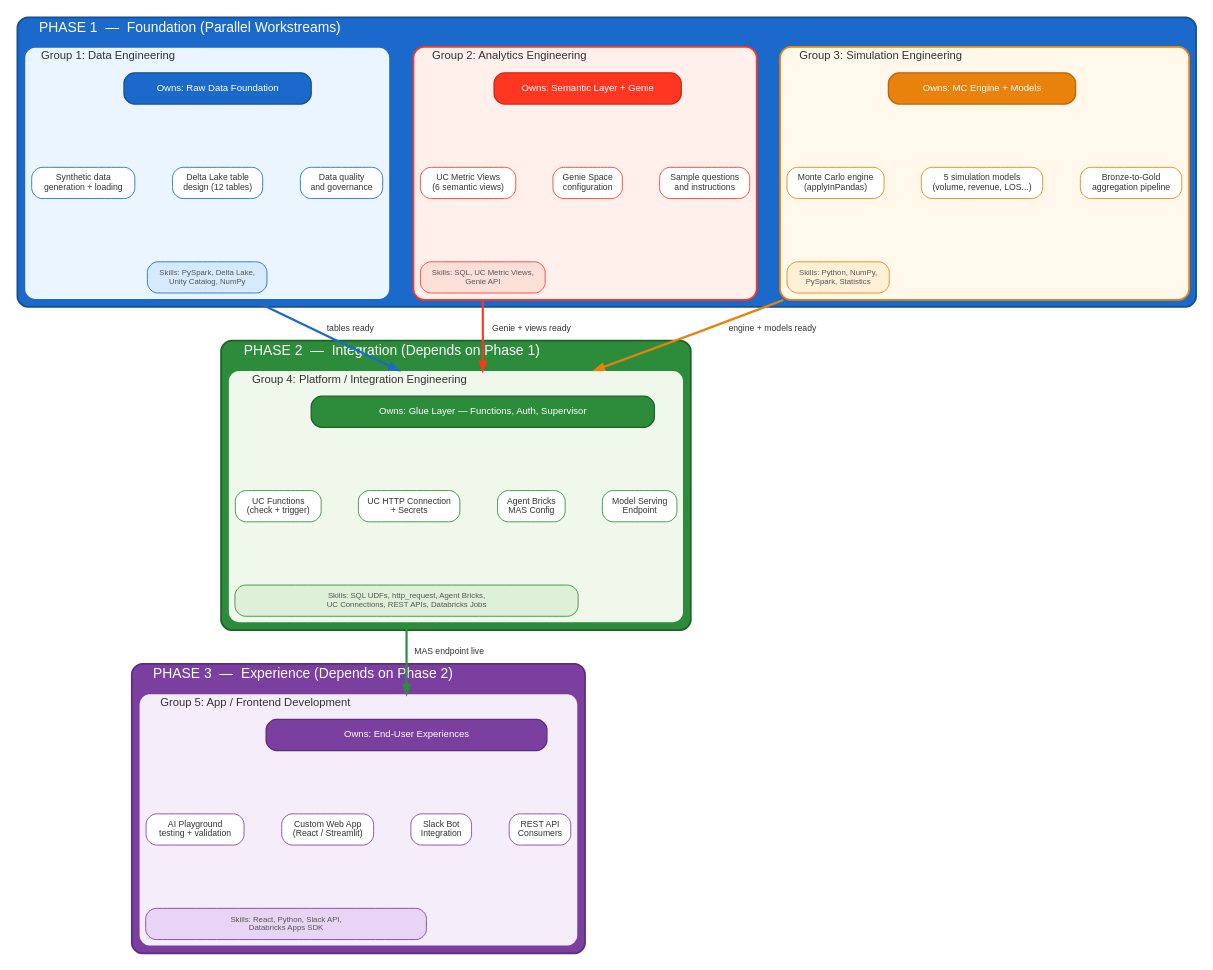
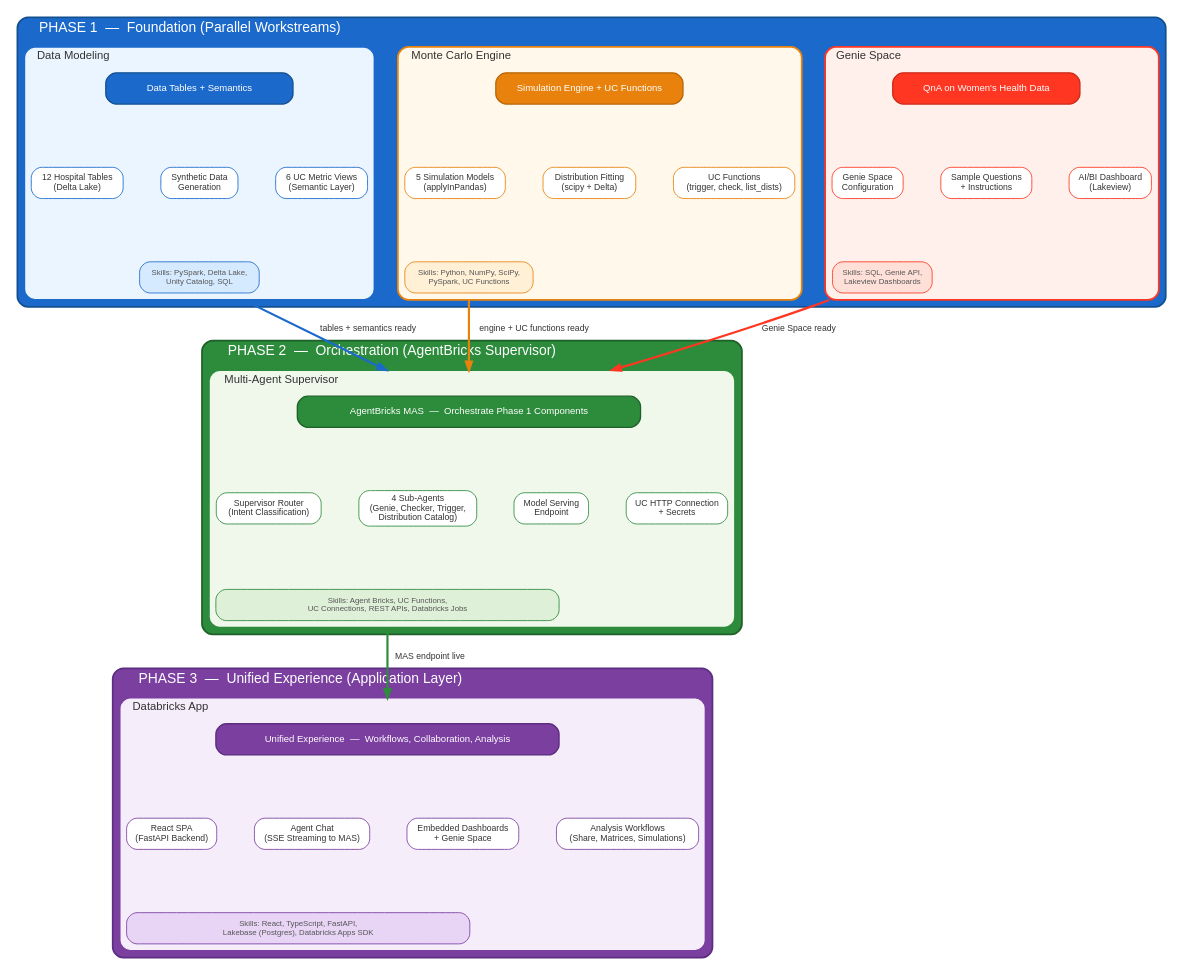
Before and after one commit to marcjimz/monte-carlo-supervisor: the diagram in docs/diagrams/team_workstreams.dot, drawn with Graphviz. The commit also changed 5 other files, not shown here.

First line of the commit message:
docs: update architecture and workstream diagrams for 3-phase structure

```diff
--- a/docs/diagrams/team_workstreams.dot
+++ b/docs/diagrams/team_workstreams.dot
@@ -10,7 +10,7 @@
     edge [color="#555555", penwidth=1.5, fontname="Helvetica", fontsize=10, fontcolor="#333333"];
 
     // ===================================================================
-    // PHASE LABELS
+    // PHASE 1 — Foundation (Parallel Workstreams)
     // ===================================================================
     subgraph cluster_phase1 {
         label="PHASE 1  —  Foundation (Parallel Workstreams)";
@@ -24,10 +24,10 @@
         penwidth=2;
 
         // ---------------------------------------------------------------
-        // GROUP 1: DATA ENGINEERING
+        // WORKSTREAM 1: DATA MODELING
         // ---------------------------------------------------------------
-        subgraph cluster_g1 {
-            label="Group 1: Data Engineering";
+        subgraph cluster_w1 {
+            label="Data Modeling";
             labeljust=l;
             fontname="Helvetica";
             fontsize=13;
@@ -37,25 +37,53 @@
             color="#1B6ACB";
             penwidth=2;
 
-            g1_header [label="Owns: Raw Data Foundation", shape=box, style="filled,rounded", fillcolor="#1B6ACB", fontcolor="white", fontname="Helvetica", fontsize=11, color="#14508F", penwidth=1.5, width=3];
+            w1_header [label="Data Tables + Semantics", shape=box, style="filled,rounded", fillcolor="#1B6ACB", fontcolor="white", fontname="Helvetica", fontsize=11, color="#14508F", penwidth=1.5, width=3];
 
-            g1_t1 [label="Synthetic data\ngeneration + loading", shape=box, style="filled,rounded", fillcolor="#FFFFFF", fontname="Helvetica", fontsize=10, fontcolor="#333333", color="#1B6ACB", penwidth=1];
-            g1_t2 [label="Delta Lake table\ndesign (12 tables)", shape=box, style="filled,rounded", fillcolor="#FFFFFF", fontname="Helvetica", fontsize=10, fontcolor="#333333", color="#1B6ACB", penwidth=1];
-            g1_t3 [label="Data quality\nand governance", shape=box, style="filled,rounded", fillcolor="#FFFFFF", fontname="Helvetica", fontsize=10, fontcolor="#333333", color="#1B6ACB", penwidth=1];
+            w1_t1 [label="12 Hospital Tables\n(Delta Lake)", shape=box, style="filled,rounded", fillcolor="#FFFFFF", fontname="Helvetica", fontsize=10, fontcolor="#333333", color="#1B6ACB", penwidth=1];
+            w1_t2 [label="Synthetic Data\nGeneration", shape=box, style="filled,rounded", fillcolor="#FFFFFF", fontname="Helvetica", fontsize=10, fontcolor="#333333", color="#1B6ACB", penwidth=1];
+            w1_t3 [label="6 UC Metric Views\n(Semantic Layer)", shape=box, style="filled,rounded", fillcolor="#FFFFFF", fontname="Helvetica", fontsize=10, fontcolor="#333333", color="#1B6ACB", penwidth=1];
 
-            g1_skills [label="Skills: PySpark, Delta Lake,\nUnity Catalog, NumPy", shape=box, style="filled,rounded", fillcolor="#D6EAFF", fontname="Helvetica", fontsize=9, fontcolor="#555555", color="#1B6ACB", penwidth=1];
+            w1_skills [label="Skills: PySpark, Delta Lake,\nUnity Catalog, SQL", shape=box, style="filled,rounded", fillcolor="#D6EAFF", fontname="Helvetica", fontsize=9, fontcolor="#555555", color="#1B6ACB", penwidth=1];
 
-            g1_header -> g1_t1 [style=invis];
-            g1_header -> g1_t2 [style=invis];
-            g1_header -> g1_t3 [style=invis];
-            g1_t1 -> g1_skills [style=invis];
+            w1_header -> w1_t1 [style=invis];
+            w1_header -> w1_t2 [style=invis];
+            w1_header -> w1_t3 [style=invis];
+            w1_t1 -> w1_skills [style=invis];
         }
 
         // ---------------------------------------------------------------
-        // GROUP 2: ANALYTICS ENGINEERING
+        // WORKSTREAM 2: MONTE CARLO / SIMULATION ENGINE
         // ---------------------------------------------------------------
-        subgraph cluster_g2 {
-            label="Group 2: Analytics Engineering";
+        subgraph cluster_w2 {
+            label="Monte Carlo Engine";
+            labeljust=l;
+            fontname="Helvetica";
+            fontsize=13;
+            fontcolor="#333333";
+            style="filled,rounded";
+            fillcolor="#FFF8EB";
+            color="#E8820C";
+            penwidth=2;
+
+            w2_header [label="Simulation Engine + UC Functions", shape=box, style="filled,rounded", fillcolor="#E8820C", fontcolor="white", fontname="Helvetica", fontsize=11, color="#B86709", penwidth=1.5, width=3];
+
+            w2_t1 [label="5 Simulation Models\n(applyInPandas)", shape=box, style="filled,rounded", fillcolor="#FFFFFF", fontname="Helvetica", fontsize=10, fontcolor="#333333", color="#E8820C", penwidth=1];
+            w2_t2 [label="Distribution Fitting\n(scipy + Delta)", shape=box, style="filled,rounded", fillcolor="#FFFFFF", fontname="Helvetica", fontsize=10, fontcolor="#333333", color="#E8820C", penwidth=1];
+            w2_t3 [label="UC Functions\n(trigger, check, list_dists)", shape=box, style="filled,rounded", fillcolor="#FFFFFF", fontname="Helvetica", fontsize=10, fontcolor="#333333", color="#E8820C", penwidth=1];
+
+            w2_skills [label="Skills: Python, NumPy, SciPy,\nPySpark, UC Functions", shape=box, style="filled,rounded", fillcolor="#FFF0D6", fontname="Helvetica", fontsize=9, fontcolor="#555555", color="#E8820C", penwidth=1];
+
+            w2_header -> w2_t1 [style=invis];
+            w2_header -> w2_t2 [style=invis];
+            w2_header -> w2_t3 [style=invis];
+            w2_t1 -> w2_skills [style=invis];
+        }
+
+        // ---------------------------------------------------------------
+        // WORKSTREAM 3: GENIE SPACE
+        // ---------------------------------------------------------------
+        subgraph cluster_w3 {
+            label="Genie Space";
             labeljust=l;
             fontname="Helvetica";
             fontsize=13;
@@ -65,54 +93,26 @@
             color="#FF3621";
             penwidth=2;
 
-            g2_header [label="Owns: Semantic Layer + Genie", shape=box, style="filled,rounded", fillcolor="#FF3621", fontcolor="white", fontname="Helvetica", fontsize=11, color="#CC2A1A", penwidth=1.5, width=3];
+            w3_header [label="QnA on Women's Health Data", shape=box, style="filled,rounded", fillcolor="#FF3621", fontcolor="white", fontname="Helvetica", fontsize=11, color="#CC2A1A", penwidth=1.5, width=3];
 
-            g2_t1 [label="UC Metric Views\n(6 semantic views)", shape=box, style="filled,rounded", fillcolor="#FFFFFF", fontname="Helvetica", fontsize=10, fontcolor="#333333", color="#FF3621", penwidth=1];
-            g2_t2 [label="Genie Space\nconfiguration", shape=box, style="filled,rounded", fillcolor="#FFFFFF", fontname="Helvetica", fontsize=10, fontcolor="#333333", color="#FF3621", penwidth=1];
-            g2_t3 [label="Sample questions\nand instructions", shape=box, style="filled,rounded", fillcolor="#FFFFFF", fontname="Helvetica", fontsize=10, fontcolor="#333333", color="#FF3621", penwidth=1];
+            w3_t1 [label="Genie Space\nConfiguration", shape=box, style="filled,rounded", fillcolor="#FFFFFF", fontname="Helvetica", fontsize=10, fontcolor="#333333", color="#FF3621", penwidth=1];
+            w3_t2 [label="Sample Questions\n+ Instructions", shape=box, style="filled,rounded", fillcolor="#FFFFFF", fontname="Helvetica", fontsize=10, fontcolor="#333333", color="#FF3621", penwidth=1];
+            w3_t3 [label="AI/BI Dashboard\n(Lakeview)", shape=box, style="filled,rounded", fillcolor="#FFFFFF", fontname="Helvetica", fontsize=10, fontcolor="#333333", color="#FF3621", penwidth=1];
 
-            g2_skills [label="Skills: SQL, UC Metric Views,\nGenie API", shape=box, style="filled,rounded", fillcolor="#FFE0D9", fontname="Helvetica", fontsize=9, fontcolor="#555555", color="#FF3621", penwidth=1];
+            w3_skills [label="Skills: SQL, Genie API,\nLakeview Dashboards", shape=box, style="filled,rounded", fillcolor="#FFE0D9", fontname="Helvetica", fontsize=9, fontcolor="#555555", color="#FF3621", penwidth=1];
 
-            g2_header -> g2_t1 [style=invis];
-            g2_header -> g2_t2 [style=invis];
-            g2_header -> g2_t3 [style=invis];
-            g2_t1 -> g2_skills [style=invis];
-        }
-
-        // ---------------------------------------------------------------
-        // GROUP 3: SIMULATION ENGINEERING
-        // ---------------------------------------------------------------
-        subgraph cluster_g3 {
-            label="Group 3: Simulation Engineering";
-            labeljust=l;
-            fontname="Helvetica";
-            fontsize=13;
-            fontcolor="#333333";
-            style="filled,rounded";
-            fillcolor="#FFF8EB";
-            color="#E8820C";
-            penwidth=2;
-
-            g3_header [label="Owns: MC Engine + Models", shape=box, style="filled,rounded", fillcolor="#E8820C", fontcolor="white", fontname="Helvetica", fontsize=11, color="#B86709", penwidth=1.5, width=3];
-
-            g3_t1 [label="Monte Carlo engine\n(applyInPandas)", shape=box, style="filled,rounded", fillcolor="#FFFFFF", fontname="Helvetica", fontsize=10, fontcolor="#333333", color="#E8820C", penwidth=1];
-            g3_t2 [label="5 simulation models\n(volume, revenue, LOS...)", shape=box, style="filled,rounded", fillcolor="#FFFFFF", fontname="Helvetica", fontsize=10, fontcolor="#333333", color="#E8820C", penwidth=1];
-            g3_t3 [label="Bronze-to-Gold\naggregation pipeline", shape=box, style="filled,rounded", fillcolor="#FFFFFF", fontname="Helvetica", fontsize=10, fontcolor="#333333", color="#E8820C", penwidth=1];
-
-            g3_skills [label="Skills: Python, NumPy,\nPySpark, Statistics", shape=box, style="filled,rounded", fillcolor="#FFF0D6", fontname="Helvetica", fontsize=9, fontcolor="#555555", color="#E8820C", penwidth=1];
-
-            g3_header -> g3_t1 [style=invis];
-            g3_header -> g3_t2 [style=invis];
-            g3_header -> g3_t3 [style=invis];
-            g3_t1 -> g3_skills [style=invis];
+            w3_header -> w3_t1 [style=invis];
+            w3_header -> w3_t2 [style=invis];
+            w3_header -> w3_t3 [style=invis];
+            w3_t1 -> w3_skills [style=invis];
         }
     }
 
     // ===================================================================
-    // PHASE 2
+    // PHASE 2 — AgentBricks Supervisor
     // ===================================================================
     subgraph cluster_phase2 {
-        label="PHASE 2  —  Integration (Depends on Phase 1)";
+        label="PHASE 2  —  Orchestration (AgentBricks Supervisor)";
         labeljust=l;
         fontname="Helvetica";
         fontsize=16;
@@ -122,11 +122,8 @@
         color="#1E6128";
         penwidth=2;
 
-        // ---------------------------------------------------------------
-        // GROUP 4: PLATFORM / INTEGRATION
-        // ---------------------------------------------------------------
-        subgraph cluster_g4 {
-            label="Group 4: Platform / Integration Engineering";
+        subgraph cluster_w4 {
+            label="Multi-Agent Supervisor";
             labeljust=l;
             fontname="Helvetica";
             fontsize=13;
@@ -136,28 +133,28 @@
             color="#2D8C3C";
             penwidth=2;
 
-            g4_header [label="Owns: Glue Layer — Functions, Auth, Supervisor", shape=box, style="filled,rounded", fillcolor="#2D8C3C", fontcolor="white", fontname="Helvetica", fontsize=11, color="#1E6128", penwidth=1.5, width=5.5];
+            w4_header [label="AgentBricks MAS  —  Orchestrate Phase 1 Components", shape=box, style="filled,rounded", fillcolor="#2D8C3C", fontcolor="white", fontname="Helvetica", fontsize=11, color="#1E6128", penwidth=1.5, width=5.5];
 
-            g4_t1 [label="UC Functions\n(check + trigger)", shape=box, style="filled,rounded", fillcolor="#FFFFFF", fontname="Helvetica", fontsize=10, fontcolor="#333333", color="#2D8C3C", penwidth=1];
-            g4_t2 [label="UC HTTP Connection\n+ Secrets", shape=box, style="filled,rounded", fillcolor="#FFFFFF", fontname="Helvetica", fontsize=10, fontcolor="#333333", color="#2D8C3C", penwidth=1];
-            g4_t3 [label="Agent Bricks\nMAS Config", shape=box, style="filled,rounded", fillcolor="#FFFFFF", fontname="Helvetica", fontsize=10, fontcolor="#333333", color="#2D8C3C", penwidth=1];
-            g4_t4 [label="Model Serving\nEndpoint", shape=box, style="filled,rounded", fillcolor="#FFFFFF", fontname="Helvetica", fontsize=10, fontcolor="#333333", color="#2D8C3C", penwidth=1];
+            w4_t1 [label="Supervisor Router\n(Intent Classification)", shape=box, style="filled,rounded", fillcolor="#FFFFFF", fontname="Helvetica", fontsize=10, fontcolor="#333333", color="#2D8C3C", penwidth=1];
+            w4_t2 [label="4 Sub-Agents\n(Genie, Checker, Trigger,\nDistribution Catalog)", shape=box, style="filled,rounded", fillcolor="#FFFFFF", fontname="Helvetica", fontsize=10, fontcolor="#333333", color="#2D8C3C", penwidth=1];
+            w4_t3 [label="Model Serving\nEndpoint", shape=box, style="filled,rounded", fillcolor="#FFFFFF", fontname="Helvetica", fontsize=10, fontcolor="#333333", color="#2D8C3C", penwidth=1];
+            w4_t4 [label="UC HTTP Connection\n+ Secrets", shape=box, style="filled,rounded", fillcolor="#FFFFFF", fontname="Helvetica", fontsize=10, fontcolor="#333333", color="#2D8C3C", penwidth=1];
 
-            g4_skills [label="Skills: SQL UDFs, http_request, Agent Bricks,\nUC Connections, REST APIs, Databricks Jobs", shape=box, style="filled,rounded", fillcolor="#DFF0D8", fontname="Helvetica", fontsize=9, fontcolor="#555555", color="#2D8C3C", penwidth=1, width=5.5];
+            w4_skills [label="Skills: Agent Bricks, UC Functions,\nUC Connections, REST APIs, Databricks Jobs", shape=box, style="filled,rounded", fillcolor="#DFF0D8", fontname="Helvetica", fontsize=9, fontcolor="#555555", color="#2D8C3C", penwidth=1, width=5.5];
 
-            g4_header -> g4_t1 [style=invis];
-            g4_header -> g4_t2 [style=invis];
-            g4_header -> g4_t3 [style=invis];
-            g4_header -> g4_t4 [style=invis];
-            g4_t1 -> g4_skills [style=invis];
+            w4_header -> w4_t1 [style=invis];
+            w4_header -> w4_t2 [style=invis];
+            w4_header -> w4_t3 [style=invis];
+            w4_header -> w4_t4 [style=invis];
+            w4_t1 -> w4_skills [style=invis];
         }
     }
 
     // ===================================================================
-    // PHASE 3
+    // PHASE 3 — Unified Experience
     // ===================================================================
     subgraph cluster_phase3 {
-        label="PHASE 3  —  Experience (Depends on Phase 2)";
+        label="PHASE 3  —  Unified Experience (Application Layer)";
         labeljust=l;
         fontname="Helvetica";
         fontsize=16;
@@ -167,11 +164,8 @@
         color="#5C2D80";
         penwidth=2;
 
-        // ---------------------------------------------------------------
-        // GROUP 5: APP / FRONTEND
-        // ---------------------------------------------------------------
-        subgraph cluster_g5 {
-            label="Group 5: App / Frontend Development";
+        subgraph cluster_w5 {
+            label="Databricks App";
             labeljust=l;
             fontname="Helvetica";
             fontsize=13;
@@ -181,29 +175,29 @@
             color="#7B3FA0";
             penwidth=2;
 
-            g5_header [label="Owns: End-User Experiences", shape=box, style="filled,rounded", fillcolor="#7B3FA0", fontcolor="white", fontname="Helvetica", fontsize=11, color="#5C2D80", penwidth=1.5, width=4.5];
+            w5_header [label="Unified Experience  —  Workflows, Collaboration, Analysis", shape=box, style="filled,rounded", fillcolor="#7B3FA0", fontcolor="white", fontname="Helvetica", fontsize=11, color="#5C2D80", penwidth=1.5, width=5.5];
 
-            g5_t1 [label="AI Playground\ntesting + validation", shape=box, style="filled,rounded", fillcolor="#FFFFFF", fontname="Helvetica", fontsize=10, fontcolor="#333333", color="#7B3FA0", penwidth=1];
-            g5_t2 [label="Custom Web App\n(React / Streamlit)", shape=box, style="filled,rounded", fillcolor="#FFFFFF", fontname="Helvetica", fontsize=10, fontcolor="#333333", color="#7B3FA0", penwidth=1];
-            g5_t3 [label="Slack Bot\nIntegration", shape=box, style="filled,rounded", fillcolor="#FFFFFF", fontname="Helvetica", fontsize=10, fontcolor="#333333", color="#7B3FA0", penwidth=1];
-            g5_t4 [label="REST API\nConsumers", shape=box, style="filled,rounded", fillcolor="#FFFFFF", fontname="Helvetica", fontsize=10, fontcolor="#333333", color="#7B3FA0", penwidth=1];
+            w5_t1 [label="React SPA\n(FastAPI Backend)", shape=box, style="filled,rounded", fillcolor="#FFFFFF", fontname="Helvetica", fontsize=10, fontcolor="#333333", color="#7B3FA0", penwidth=1];
+            w5_t2 [label="Agent Chat\n(SSE Streaming to MAS)", shape=box, style="filled,rounded", fillcolor="#FFFFFF", fontname="Helvetica", fontsize=10, fontcolor="#333333", color="#7B3FA0", penwidth=1];
+            w5_t3 [label="Embedded Dashboards\n+ Genie Space", shape=box, style="filled,rounded", fillcolor="#FFFFFF", fontname="Helvetica", fontsize=10, fontcolor="#333333", color="#7B3FA0", penwidth=1];
+            w5_t4 [label="Analysis Workflows\n(Share, Matrices, Simulations)", shape=box, style="filled,rounded", fillcolor="#FFFFFF", fontname="Helvetica", fontsize=10, fontcolor="#333333", color="#7B3FA0", penwidth=1];
 
-            g5_skills [label="Skills: React, Python, Slack API,\nDatabricks Apps SDK", shape=box, style="filled,rounded", fillcolor="#E8D5F5", fontname="Helvetica", fontsize=9, fontcolor="#555555", color="#7B3FA0", penwidth=1, width=4.5];
+            w5_skills [label="Skills: React, TypeScript, FastAPI,\nLakebase (Postgres), Databricks Apps SDK", shape=box, style="filled,rounded", fillcolor="#E8D5F5", fontname="Helvetica", fontsize=9, fontcolor="#555555", color="#7B3FA0", penwidth=1, width=5.5];
 
-            g5_header -> g5_t1 [style=invis];
-            g5_header -> g5_t2 [style=invis];
-            g5_header -> g5_t3 [style=invis];
-            g5_header -> g5_t4 [style=invis];
-            g5_t1 -> g5_skills [style=invis];
+            w5_header -> w5_t1 [style=invis];
+            w5_header -> w5_t2 [style=invis];
+            w5_header -> w5_t3 [style=invis];
+            w5_header -> w5_t4 [style=invis];
+            w5_t1 -> w5_skills [style=invis];
         }
     }
 
     // ===================================================================
     // DEPENDENCY EDGES between phases
     // ===================================================================
-    g1_skills -> g4_header [color="#1B6ACB", penwidth=2.5, label="  tables ready  ", lhead=cluster_g4, ltail=cluster_g1, style=bold];
-    g2_skills -> g4_header [color="#FF3621", penwidth=2.5, label="  Genie + views ready  ", lhead=cluster_g4, ltail=cluster_g2, style=bold];
-    g3_skills -> g4_header [color="#E8820C", penwidth=2.5, label="  engine + models ready  ", lhead=cluster_g4, ltail=cluster_g3, style=bold];
+    w1_skills -> w4_header [color="#1B6ACB", penwidth=2.5, label="  tables + semantics ready  ", lhead=cluster_w4, ltail=cluster_w1, style=bold];
+    w2_skills -> w4_header [color="#E8820C", penwidth=2.5, label="  engine + UC functions ready  ", lhead=cluster_w4, ltail=cluster_w2, style=bold];
+    w3_skills -> w4_header [color="#FF3621", penwidth=2.5, label="  Genie Space ready  ", lhead=cluster_w4, ltail=cluster_w3, style=bold];
 
-    g4_skills -> g5_header [color="#2D8C3C", penwidth=2.5, label="  MAS endpoint live  ", lhead=cluster_g5, ltail=cluster_g4, style=bold];
+    w4_skills -> w5_header [color="#2D8C3C", penwidth=2.5, label="  MAS endpoint live  ", lhead=cluster_w5, ltail=cluster_w4, style=bold];
 }
```
